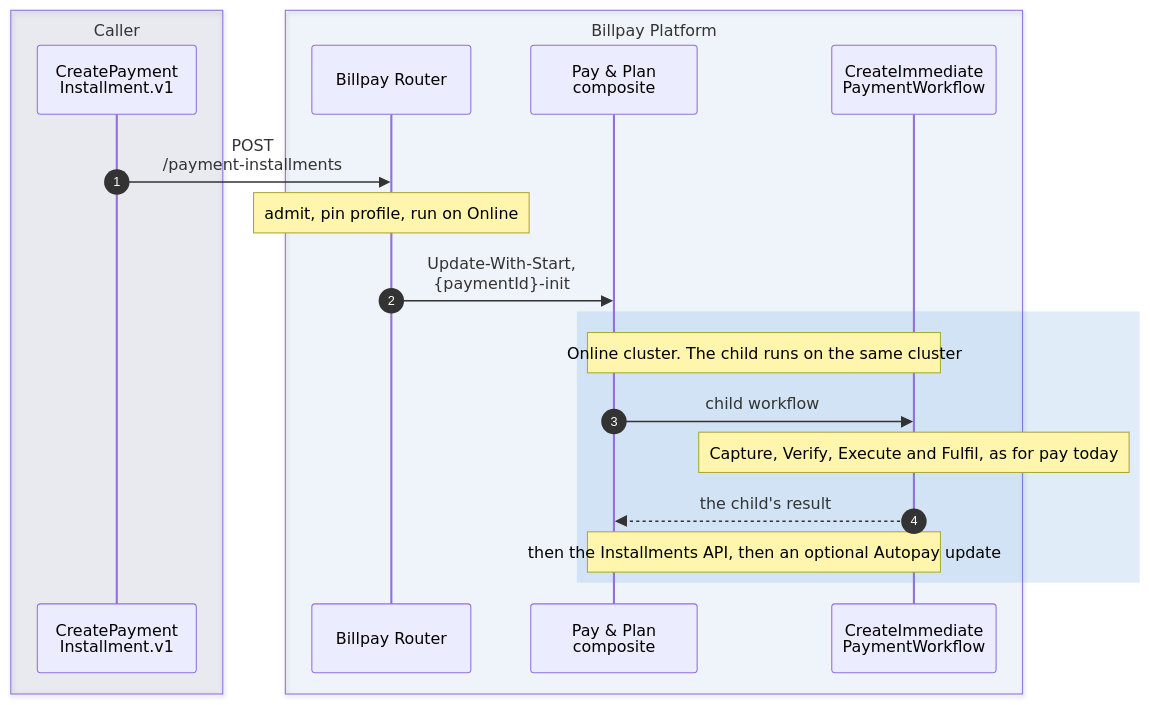
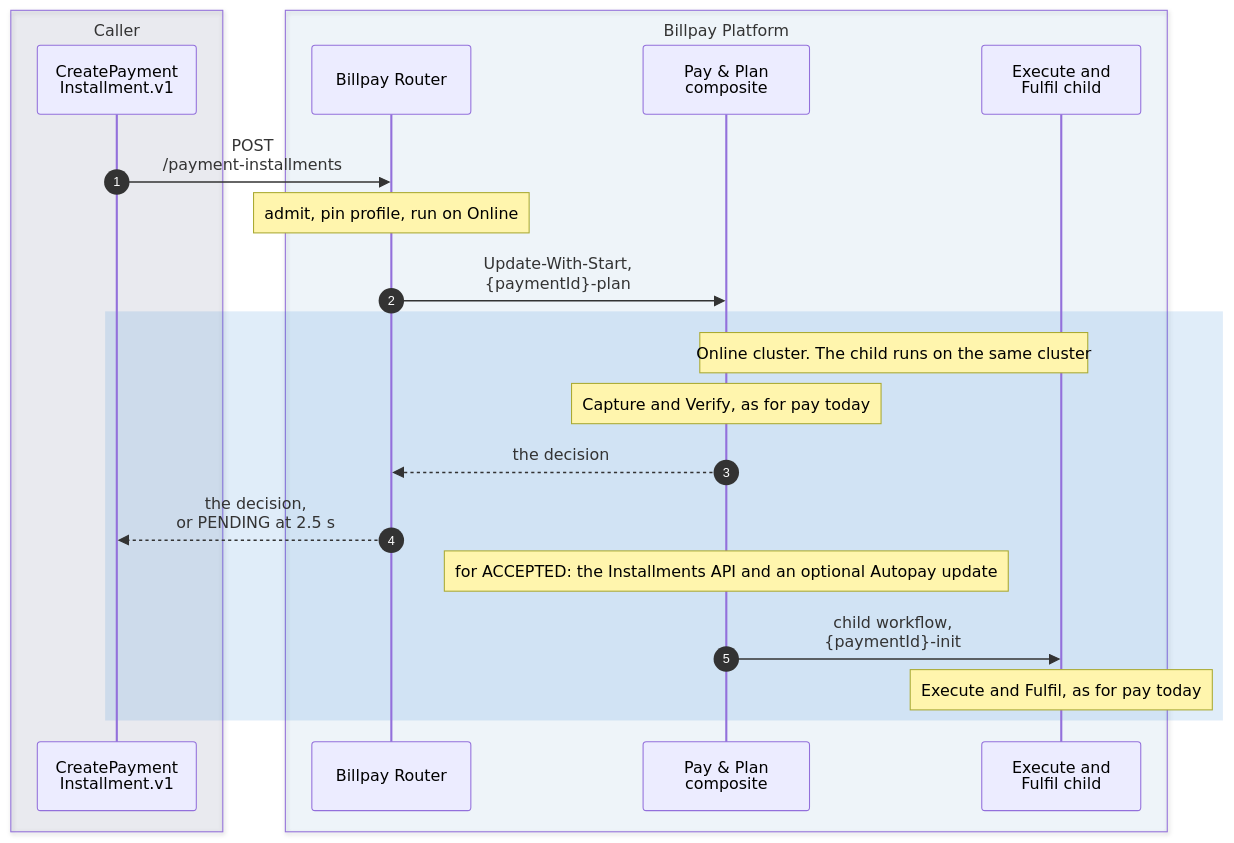
Diagram 12 of 16 in website/docs/design/sequence-diagrams.md (arunav-bhattacharya/billpay-book), drawn with Mermaid before and after one commit. The commit also changed other lines of this file and 32 other files, not shown here.

````diff
--- a/website/docs/design/sequence-diagrams.md
+++ b/website/docs/design/sequence-diagrams.md
@@ -770,31 +770,33 @@
 ```mermaid
 ---
 config:
   fontFamily: "BentonSansUI, Helvetica, Arial, sans-serif"
   fontSize: 15
 ---
 sequenceDiagram
   autonumber
 
   box rgba(0,23,90,0.07) Caller
     participant OD as CreatePayment<br/>Installment.v1
   end
 
   box rgba(0,111,207,0.05) Billpay Platform
     participant R as Billpay Router
     participant PP as Pay #amp; Plan<br/>composite
-    participant CIW as CreateImmediate<br/>PaymentWorkflow
+    participant CH as Execute and<br/>Fulfil child
   end
 
   OD->>R: POST<br/>/payment-installments
   Note over R: admit, pin profile, run on Online
-  R->>PP: Update-With-Start,<br/>{paymentId}-init
+  R->>PP: Update-With-Start,<br/>{paymentId}-plan
 
   rect rgba(0,111,207,0.12)
-    Note over PP,CIW: Online cluster. The child runs on the same cluster
-    PP->>CIW: child workflow
-    Note over CIW: Capture, Verify, Execute and Fulfil, as for pay today
-    CIW-->>PP: the child's result
-    Note over PP,CIW: then the Installments API, then an optional Autopay update
+    Note over PP,CH: Online cluster. The child runs on the same cluster
+    Note over PP: Capture and Verify, as for pay today
+    PP-->>R: the decision
+    R-->>OD: the decision,<br/>or PENDING at 2.5 s
+    Note over PP: for ACCEPTED: the Installments API and an optional Autopay update
+    PP->>CH: child workflow,<br/>{paymentId}-init
+    Note over CH: Execute and Fulfil, as for pay today
   end
 ```
````
